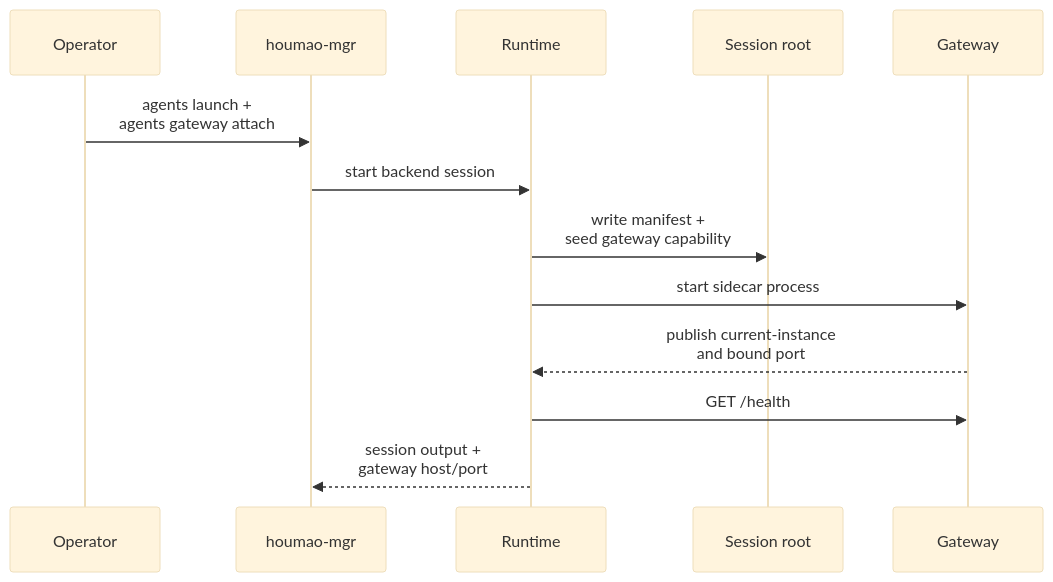
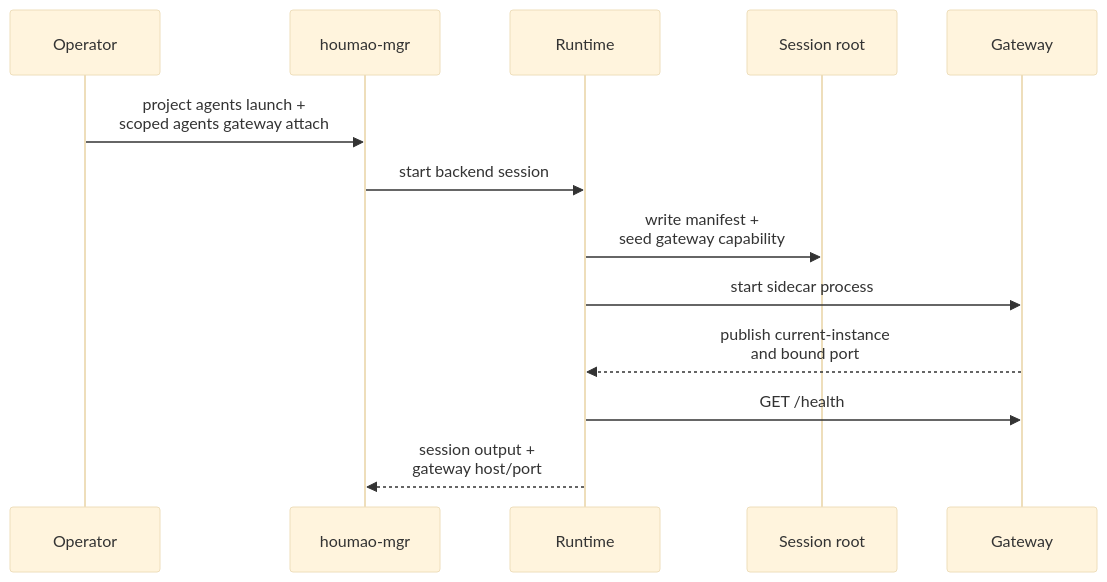
Before and after one commit to igamenovoer/houmao: the first of 2 diagrams in docs/reference/gateway/operations/lifecycle.md, drawn with Mermaid (base theme). The commit also changed other lines of this file and 151 other files, not shown here.

````diff
--- a/docs/reference/gateway/operations/lifecycle.md
+++ b/docs/reference/gateway/operations/lifecycle.md
@@ -128,15 +118,15 @@
 ```mermaid
 sequenceDiagram
     participant Op as Operator
     participant CLI as houmao-mgr
     participant RT as Runtime
     participant FS as Session root
     participant GW as Gateway
-    Op->>CLI: agents launch +<br/>agents gateway attach
+    Op->>CLI: project agents launch +<br/>scoped agents gateway attach
     CLI->>RT: start backend session
     RT->>FS: write manifest +<br/>seed gateway capability
     RT->>GW: start sidecar process
     GW-->>RT: publish current-instance<br/>and bound port
     RT->>GW: GET /health
     RT-->>CLI: session output +<br/>gateway host/port
 ```
````
